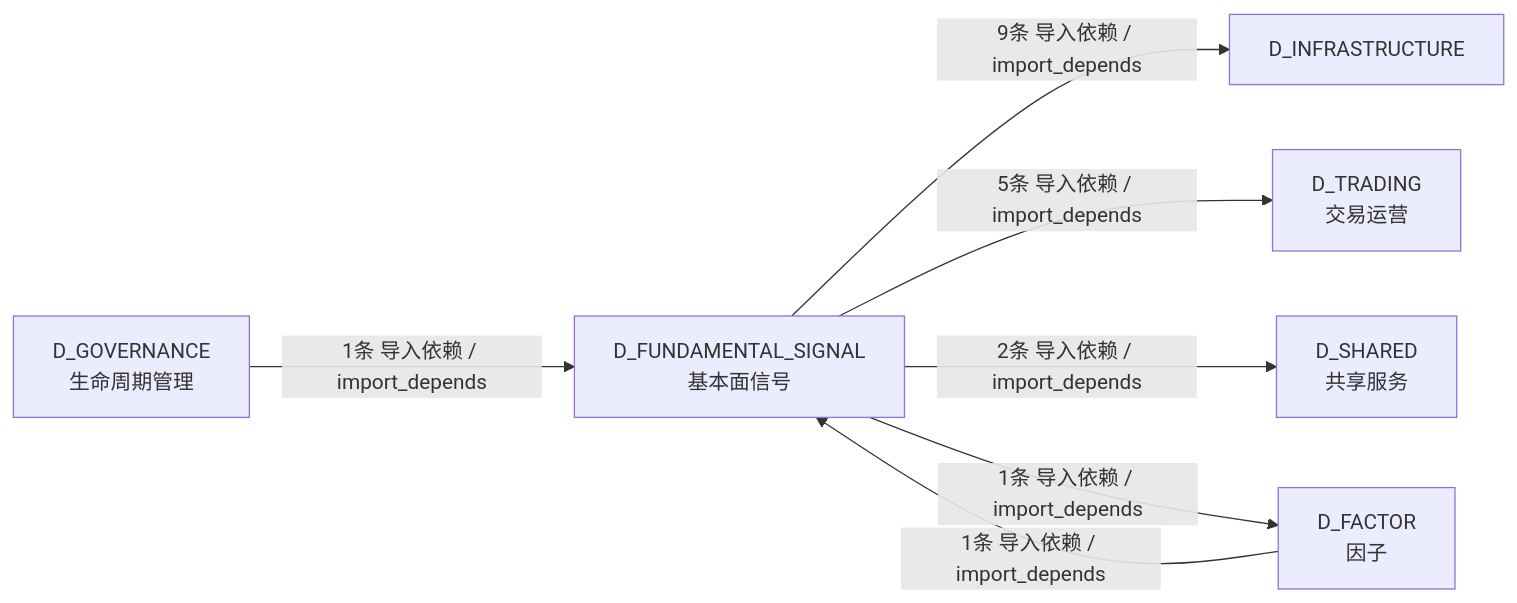
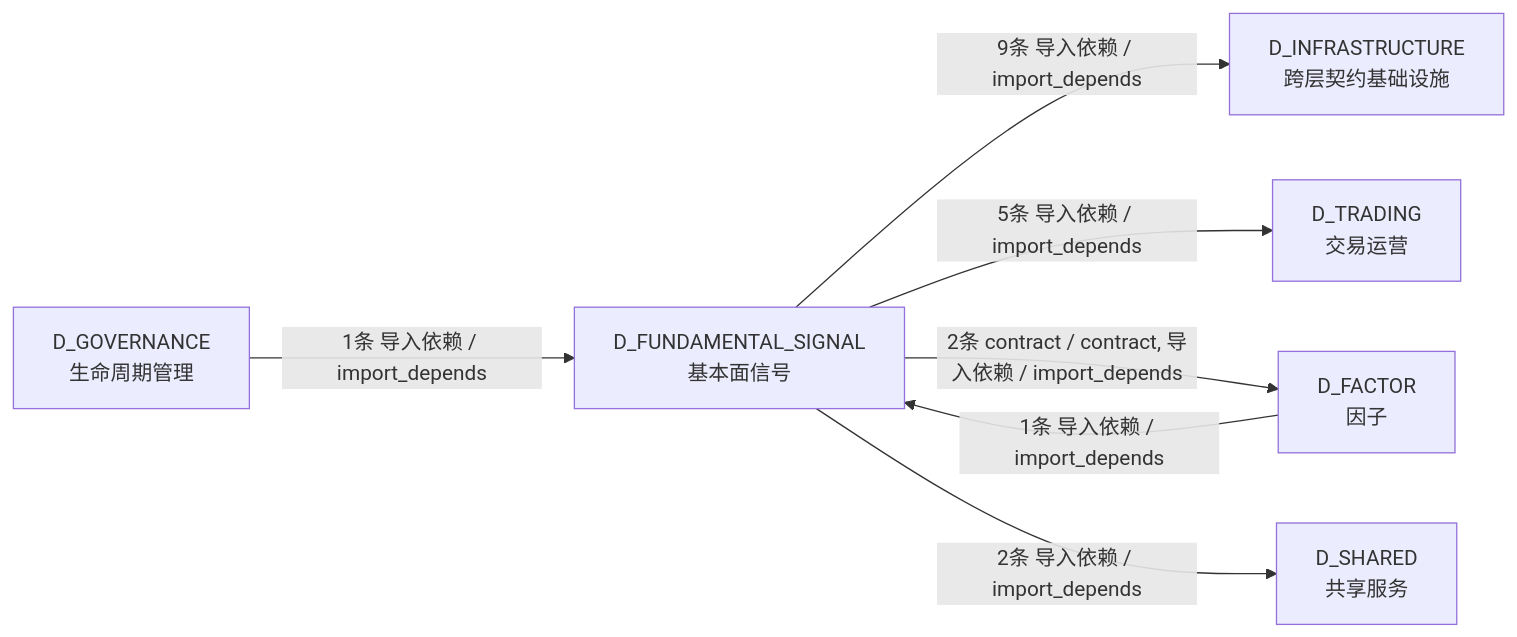
One commit to xuanFelixVan/ZephyrAlpha changed the fourth of 4 diagrams in docs/02_enterprise_architecture/02_domain_architecture_docs/37_d_fundamental_signal.md. Above: the diagram before and after it, drawn with Mermaid. The commit also changed other lines of this file and 125 other files, not shown here.

````diff
--- a/docs/02_enterprise_architecture/02_domain_architecture_docs/37_d_fundamental_signal.md
+++ b/docs/02_enterprise_architecture/02_domain_architecture_docs/37_d_fundamental_signal.md
@@ -237,15 +240,15 @@
 ```mermaid
 graph LR
     D_FUNDAMENTAL_SIGNAL["D_FUNDAMENTAL_SIGNAL<br/>基本面信号"]
-    D_INFRASTRUCTURE["D_INFRASTRUCTURE"]
+    D_INFRASTRUCTURE["D_INFRASTRUCTURE<br/>跨层契约基础设施"]
     D_TRADING["D_TRADING<br/>交易运营"]
+    D_FACTOR["D_FACTOR<br/>因子"]
     D_SHARED["D_SHARED<br/>共享服务"]
-    D_FACTOR["D_FACTOR<br/>因子"]
     D_GOVERNANCE["D_GOVERNANCE<br/>生命周期管理"]
     D_FUNDAMENTAL_SIGNAL -->|9条 导入依赖 / import_depends| D_INFRASTRUCTURE
     D_FUNDAMENTAL_SIGNAL -->|5条 导入依赖 / import_depends| D_TRADING
+    D_FUNDAMENTAL_SIGNAL -->|2条 contract / contract, 导入依赖 / import_depends| D_FACTOR
     D_FUNDAMENTAL_SIGNAL -->|2条 导入依赖 / import_depends| D_SHARED
-    D_FUNDAMENTAL_SIGNAL -->|1条 导入依赖 / import_depends| D_FACTOR
     D_FACTOR -->|1条 导入依赖 / import_depends| D_FUNDAMENTAL_SIGNAL
     D_GOVERNANCE -->|1条 导入依赖 / import_depends| D_FUNDAMENTAL_SIGNAL
 ```
````
